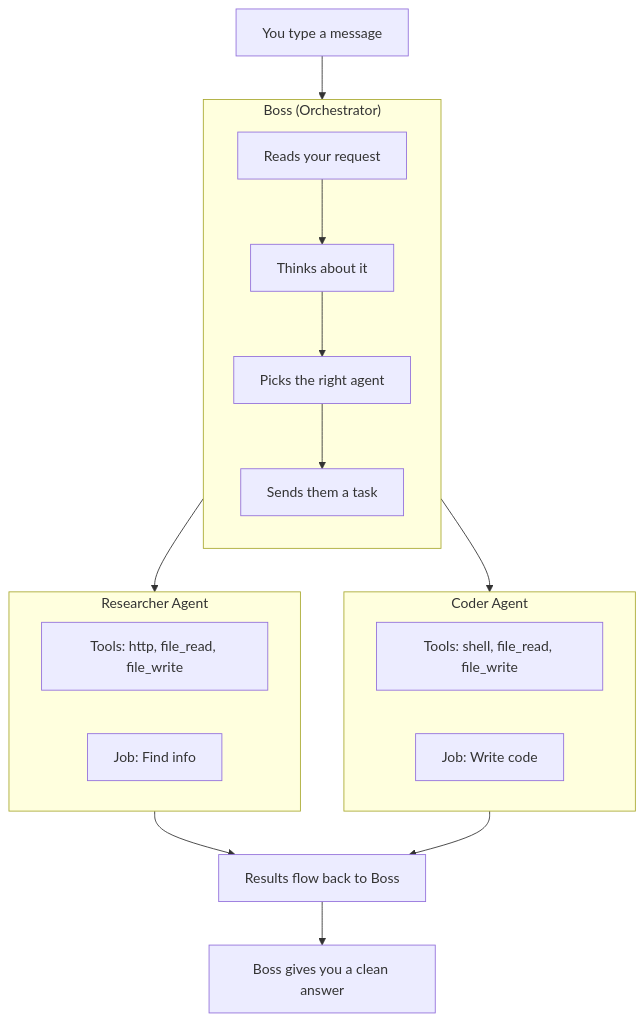
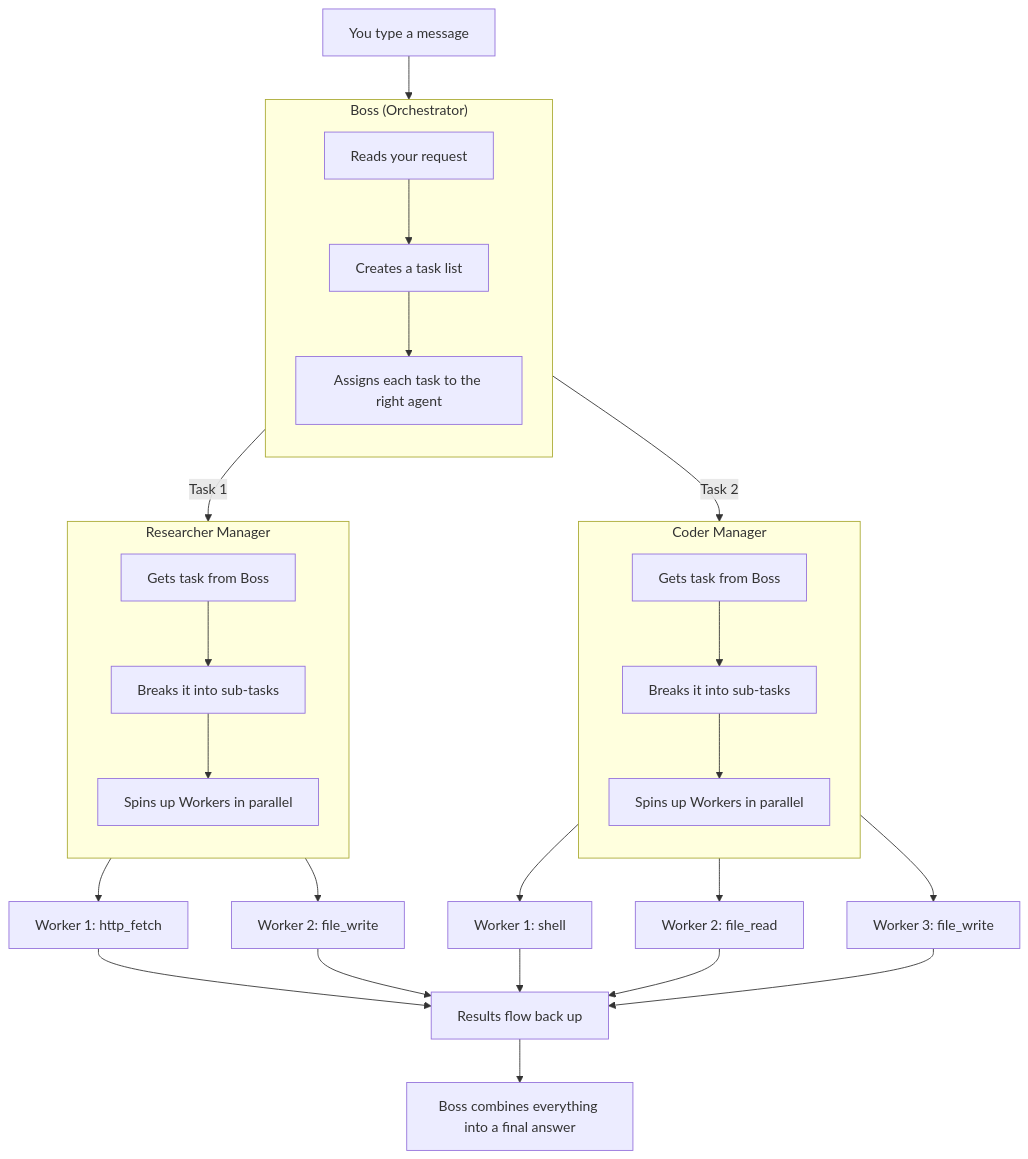
One commit to David2024patton/itak-agent changed the diagram in README.md. Above: the diagram before and after it, drawn with Mermaid.

Commit message:
Fix architecture diagram: show 3-tier flow with task lists and parallel workers

````diff
--- a/README.md
+++ b/README.md
@@ -42,30 +42,45 @@
 ```mermaid
 flowchart TD
     User["You type a message"] --> Boss
 
     subgraph Boss["Boss (Orchestrator)"]
         direction TB
         B1["Reads your request"]
-        B2["Thinks about it"]
-        B3["Picks the right agent"]
-        B4["Sends them a task"]
-        B1 --> B2 --> B3 --> B4
+        B2["Creates a task list"]
+        B3["Assigns each task to the right agent"]
+        B1 --> B2 --> B3
     end
 
-    Boss --> Researcher
-    Boss --> Coder
+    Boss -- "Task 1" --> Researcher
+    Boss -- "Task 2" --> Coder
 
-    subgraph Researcher["Researcher Agent"]
-        R1["Tools: http, file_read, file_write"]
-        R2["Job: Find info"]
+    subgraph Researcher["Researcher Manager"]
+        direction TB
+        RM1["Gets task from Boss"]
+        RM2["Breaks it into sub-tasks"]
+        RM3["Spins up Workers in parallel"]
+        RM1 --> RM2 --> RM3
     end
 
-    subgraph Coder["Coder Agent"]
-        C1["Tools: shell, file_read, file_write"]
-        C2["Job: Write code"]
+    subgraph Coder["Coder Manager"]
+        direction TB
+        CM1["Gets task from Boss"]
+        CM2["Breaks it into sub-tasks"]
+        CM3["Spins up Workers in parallel"]
+        CM1 --> CM2 --> CM3
     end
 
-    Researcher --> Result["Results flow back to Boss"]
-    Coder --> Result
-    Result --> Answer["Boss gives you a clean answer"]
+    Researcher --> RW1["Worker 1: http_fetch"]
+    Researcher --> RW2["Worker 2: file_write"]
+
+    Coder --> CW1["Worker 1: shell"]
+    Coder --> CW2["Worker 2: file_read"]
+    Coder --> CW3["Worker 3: file_write"]
+
+    RW1 --> Result["Results flow back up"]
+    RW2 --> Result
+    CW1 --> Result
+    CW2 --> Result
+    CW3 --> Result
+    Result --> Answer["Boss combines everything into a final answer"]
 ```
````
